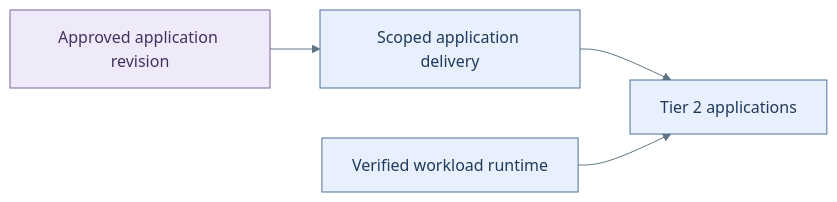
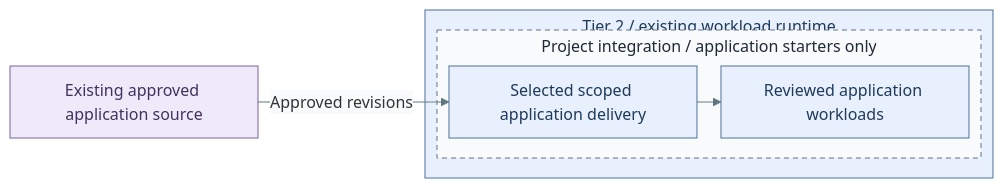
One commit to Rexus/homelab changed the third of 3 diagrams in docs/deployment/stage-6-workloads/README.md. Above: the diagram before and after it, drawn with Mermaid. The commit also changed other lines of this file and 60 other files, not shown here.

Commit message:
docs(diagrams): align architecture and deployment views with IaC

````diff
--- a/docs/deployment/stage-6-workloads/README.md
+++ b/docs/deployment/stage-6-workloads/README.md
@@ -116,12 +151,20 @@
 ```mermaid
-%%{init: {"theme":"base","themeVariables":{"lineColor":"#627581","edgeLabelBackground":"#f8fafc"}}}%%
+%%{init: {"theme":"base","flowchart":{"nodeSpacing":20,"rankSpacing":24,"padding":12,"subGraphTitleMargin":{"top":4,"bottom":12}},"themeVariables":{"lineColor":"#627581","edgeLabelBackground":"#f8fafc"}}}%%
 flowchart LR
-  Source["Approved application revision"] --> GitOps["Scoped application delivery"]
-  GitOps --> Apps["Tier 2 applications"]
-  Runtime["Verified workload runtime"] --> Apps
+  Source["Existing approved application source"]
+  subgraph T2["Tier 2 / existing workload runtime"]
+    subgraph Project["Project integration / application starters only"]
+      GitOps["Selected scoped application delivery"]
+      Apps["Reviewed application workloads"]
+      GitOps --> Apps
+    end
+  end
+  Source -->|Approved revisions| GitOps
   classDef default fill:#f8fafc,stroke:#64748b,color:#1f2937
   classDef data fill:#eeeafa,stroke:#78639b,color:#42325d
   classDef services fill:#e7f0fc,stroke:#4d719b,color:#203a5b
+  classDef replicas fill:#f8fafc,stroke:#64748b,color:#1f2937,stroke-dasharray:5 4
   class Source data
-  class GitOps,Apps,Runtime services
+  class T2,GitOps,Apps services
+  class Project replicas
 ```
````
